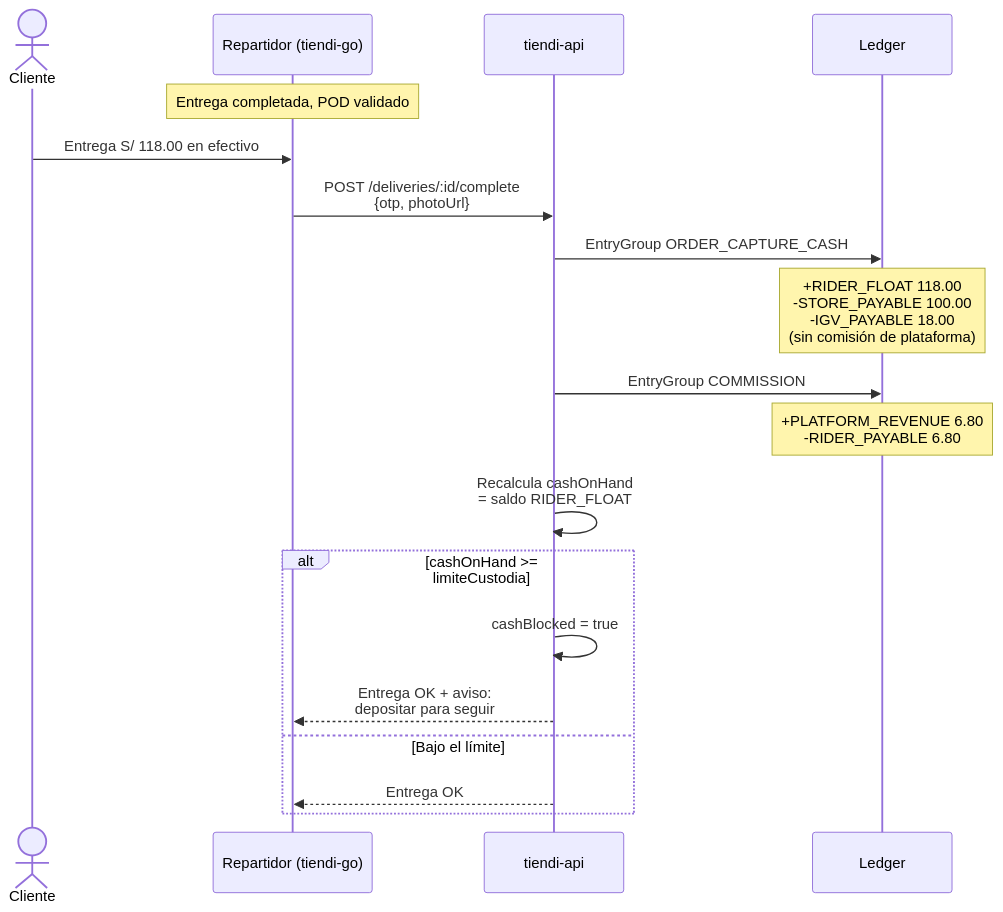
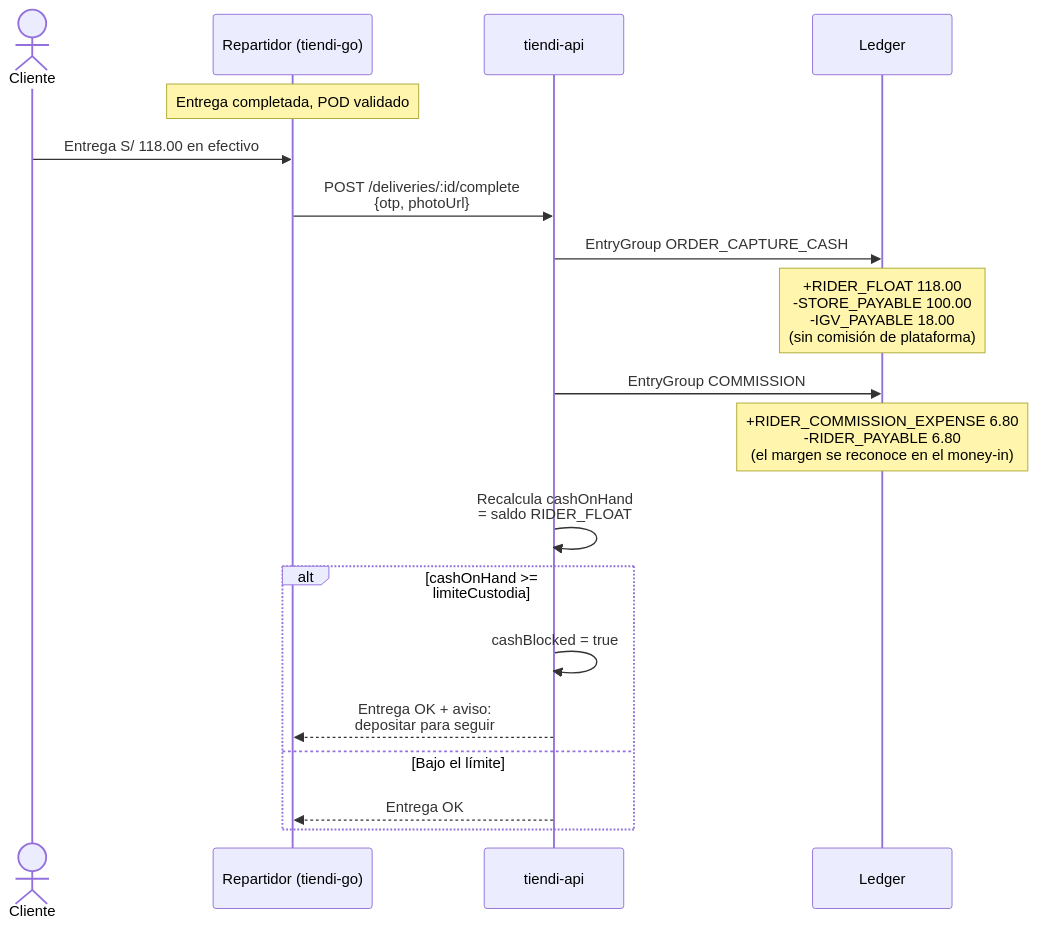
One commit to kanoso/ecommcerce-saas-sonet changed the sixth of 19 diagrams in DOCS/FLUJO_DINERO.md. Above: the diagram before and after it, drawn with Mermaid. The commit also changed other lines of this file, not shown here.

````diff
--- a/DOCS/FLUJO_DINERO.md
+++ b/DOCS/FLUJO_DINERO.md
@@ -440,26 +444,26 @@
 ```mermaid
 sequenceDiagram
     actor C as Cliente
     participant R as Repartidor (tiendi-go)
     participant API as tiendi-api
     participant L as Ledger
 
     Note over R: Entrega completada, POD validado
     C->>R: Entrega S/ 118.00 en efectivo
     R->>API: POST /deliveries/:id/complete<br/>{otp, photoUrl}
 
     API->>L: EntryGroup ORDER_CAPTURE_CASH
     Note over L: +RIDER_FLOAT 118.00<br/>-STORE_PAYABLE 100.00<br/>-IGV_PAYABLE 18.00<br/>(sin comisión de plataforma)
 
     API->>L: EntryGroup COMMISSION
-    Note over L: +PLATFORM_REVENUE 6.80<br/>-RIDER_PAYABLE 6.80
+    Note over L: +RIDER_COMMISSION_EXPENSE 6.80<br/>-RIDER_PAYABLE 6.80<br/>(el margen se reconoce en el money-in)
 
     API->>API: Recalcula cashOnHand<br/>= saldo RIDER_FLOAT
 
     alt cashOnHand >= limiteCustodia
         API->>API: cashBlocked = true
         API-->>R: Entrega OK + aviso:<br/>depositar para seguir
     else Bajo el límite
         API-->>R: Entrega OK
     end
 ```
````
